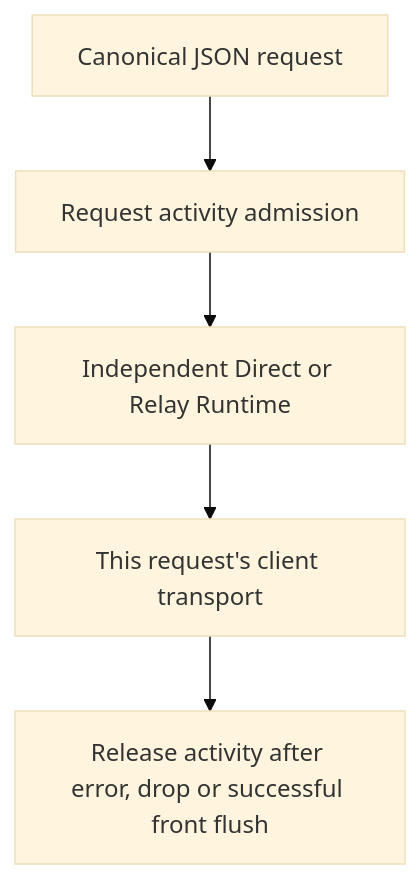
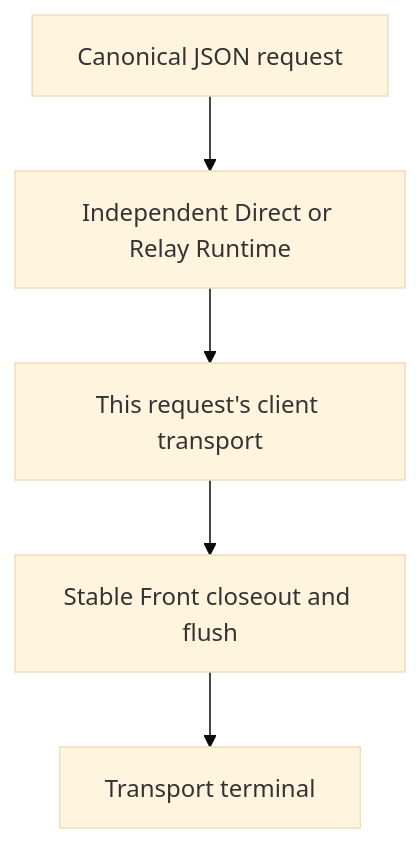
One commit to Jasonzhangf/routecodex changed the diagram in docs/architecture/wiki/v3-responses-session-admission.md. Above: the diagram before and after it, drawn with Mermaid (base theme). The commit also changed other lines of this file and 156 other files, not shown here.

````diff
--- a/docs/architecture/wiki/v3-responses-session-admission.md
+++ b/docs/architecture/wiki/v3-responses-session-admission.md
@@ -12,7 +13,7 @@
 ```mermaid
 flowchart TD
-  R[Canonical JSON request] --> A[Request activity admission]
-  A --> P[Independent Direct or Relay Runtime]
+  R[Canonical JSON request] --> P[Independent Direct or Relay Runtime]
   P --> O[This request's client transport]
-  O --> X[Release activity after error, drop or successful front flush]
+  O --> F[Stable Front closeout and flush]
+  F --> X[Transport terminal]
 ```
````
